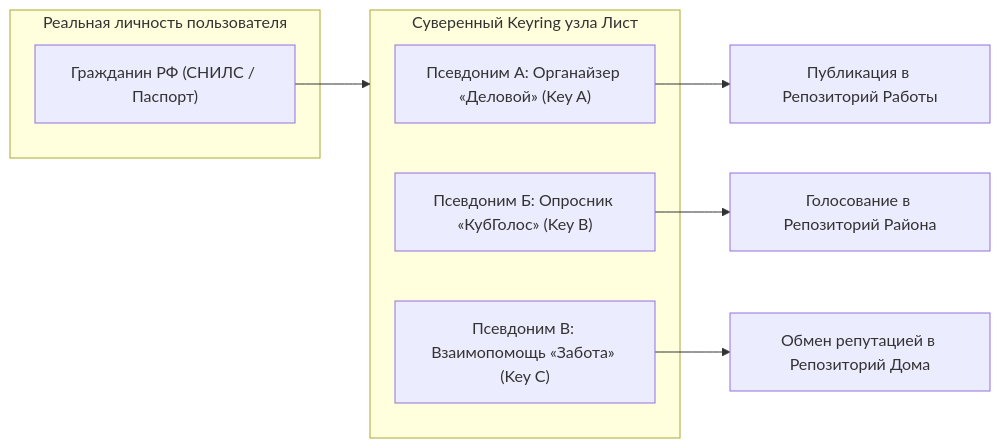
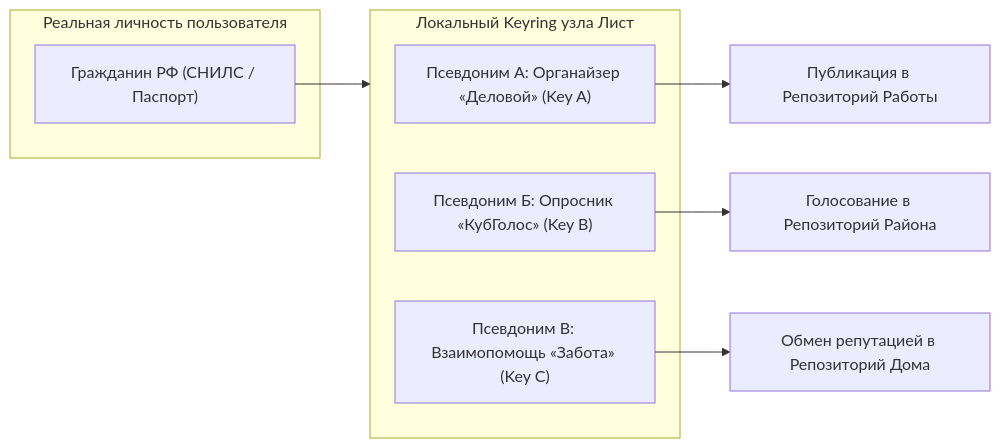
Diagram 11 of 11 in architecture_presentations/02_leaf_storage_engine/docs/presentation_deck.md (Data-Independence-Network/presentations), drawn with Mermaid before and after one commit. The commit also changed other lines of this file and 81 other files, not shown here.

```diff
--- a/architecture_presentations/02_leaf_storage_engine/docs/presentation_deck.md
+++ b/architecture_presentations/02_leaf_storage_engine/docs/presentation_deck.md
@@ -719,17 +719,17 @@
         <div class="mermaid">
 graph LR
     subgraph Identity["Реальная личность пользователя"]
         Passport["Гражданин РФ (СНИЛС / Паспорт)"]
     end
 
-    subgraph Keyring["Суверенный Keyring узла Лист"]
+    subgraph Keyring["Локальный Keyring узла Лист"]
         Key1["Псевдоним А: Органайзер «Деловой» (Key A)"]
         Key2["Псевдоним Б: Опросник «КубГолос» (Key B)"]
         Key3["Псевдоним В: Взаимопомощь «Забота» (Key C)"]
     end
 
     Passport --> Keyring
     Key1 --> Net1["Публикация в Репозиторий Работы"]
     Key2 --> Net2["Голосование в Репозиторий Района"]
     Key3 --> Net3["Обмен репутацией в Репозиторий Дома"]
         </div>
```
